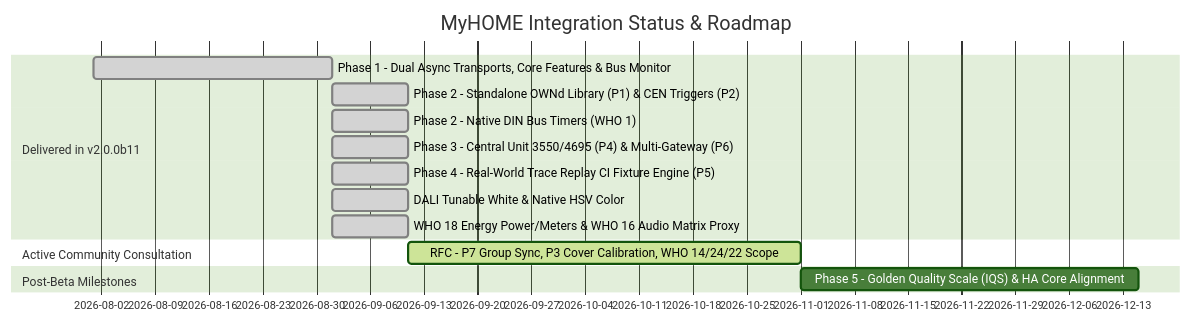
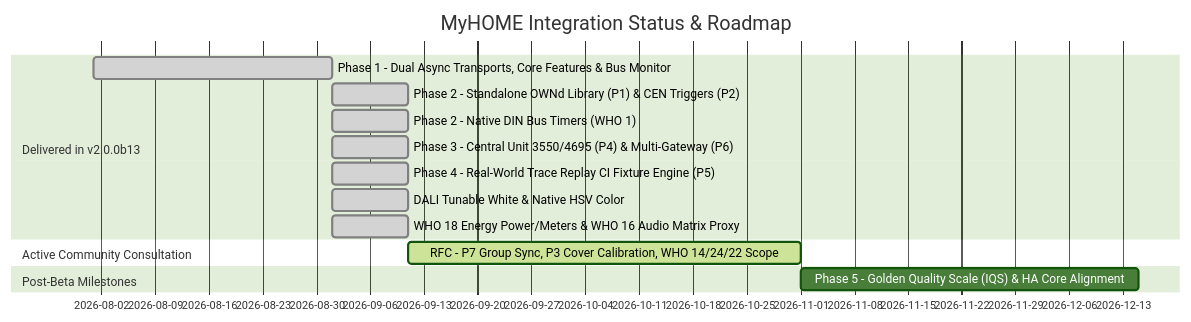
One commit to GreenGrassBlueOcean/MyHOME changed the first of 3 diagrams in docs/roadmap.md. Above: the diagram before and after it, drawn with Mermaid (forest theme). The commit also changed other lines of this file and 11 other files, not shown here.

````diff
--- a/docs/roadmap.md
+++ b/docs/roadmap.md
@@ -13,17 +13,17 @@
 ```mermaid
 gantt
     title MyHOME Integration Status & Roadmap
     dateFormat  YYYY-MM-DD
-    section Delivered in v2.0.0b11
+    section Delivered in v2.0.0b13
     Phase 1 - Dual Async Transports, Core Features & Bus Monitor    :done, 2026-08-01, 2026-09-01
     Phase 2 - Standalone OWNd Library (P1) & CEN Triggers (P2)      :done, 2026-09-01, 2026-09-11
     Phase 2 - Native DIN Bus Timers (WHO 1)                         :done, 2026-09-01, 2026-09-11
     Phase 3 - Central Unit 3550/4695 (P4) & Multi-Gateway (P6)      :done, 2026-09-01, 2026-09-11
     Phase 4 - Real-World Trace Replay CI Fixture Engine (P5)        :done, 2026-09-01, 2026-09-11
     DALI Tunable White & Native HSV Color                           :done, 2026-09-01, 2026-09-11
     WHO 18 Energy Power/Meters & WHO 16 Audio Matrix Proxy          :done, 2026-09-01, 2026-09-11
     section Active Community Consultation
     RFC - P7 Group Sync, P3 Cover Calibration, WHO 14/24/22 Scope   :active, 2026-09-11, 2026-11-01
     section Post-Beta Milestones
     Phase 5 - Golden Quality Scale (IQS) & HA Core Alignment         :2026-11-01, 2026-12-15
 ```
````
